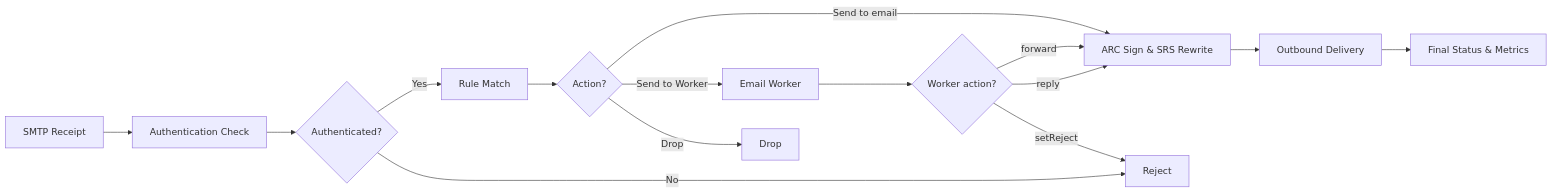
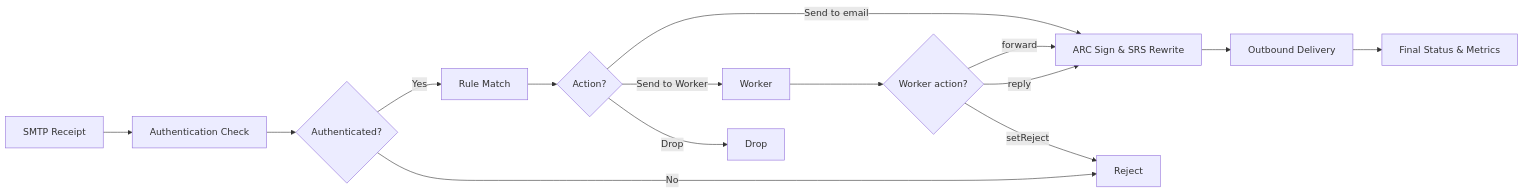
The second of 2 diagrams in src/content/docs/email-service/concepts/email-lifecycle.mdx (cloudflare/cloudflare-docs), drawn with Mermaid before and after one commit. The commit also changed other lines of this file and 14 other files, not shown here.

````diff
--- a/src/content/docs/email-service/concepts/email-lifecycle.mdx
+++ b/src/content/docs/email-service/concepts/email-lifecycle.mdx
@@ -64,17 +64,17 @@
 ```mermaid
 flowchart LR
     A[SMTP Receipt] --> B[Authentication Check]
     B --> C{Authenticated?}
     C -->|Yes| D[Rule Match]
     C -->|No| R[Reject]
     D --> E{Action?}
     E -->|Send to email| F[ARC Sign & SRS Rewrite]
-    E -->|Send to Worker| W[Email Worker]
+    E -->|Send to Worker| W[Worker]
     E -->|Drop| X[Drop]
     W --> Y{Worker action?}
     Y -->|forward| F
     Y -->|reply| F
     Y -->|setReject| R
     F --> G[Outbound Delivery]
     G --> H[Final Status & Metrics]
 ```
````
